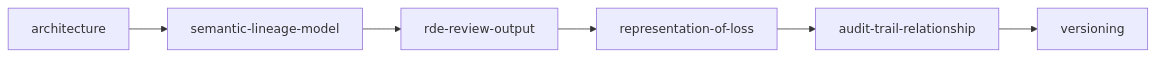
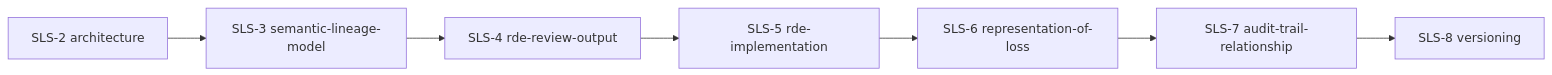
Before and after one commit to zyx-corporation/kotonoha-spec: the third of 3 diagrams in docs/introduction.md, drawn with Mermaid. The commit also changed other lines of this file, not shown here.

Commit message:
spec: add SLS-1 numbering to introduction (#22)

````diff
--- a/docs/introduction.md
+++ b/docs/introduction.md
@@ -86,8 +86,9 @@
 ```mermaid
 flowchart LR
-    FA[architecture] --> FB[semantic-lineage-model]
-    FB --> FC[rde-review-output]
-    FC --> FD[representation-of-loss]
-    FD --> FE[audit-trail-relationship]
-    FE --> FF[versioning]
+    FA[SLS-2 architecture] --> FB[SLS-3 semantic-lineage-model]
+    FB --> FC[SLS-4 rde-review-output]
+    FC --> FD[SLS-5 rde-implementation]
+    FD --> FE[SLS-6 representation-of-loss]
+    FE --> FF[SLS-7 audit-trail-relationship]
+    FF --> FG[SLS-8 versioning]
 ```
````
